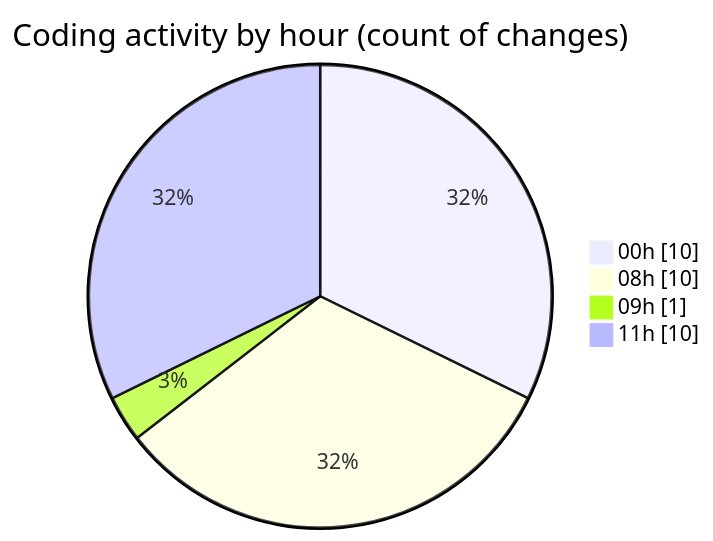
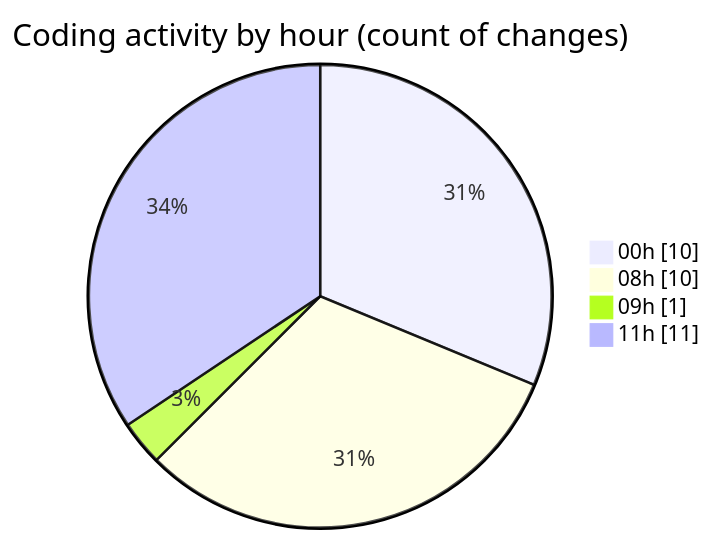
The second of 2 diagrams in 2026-01-20/nxtqube_webapp/README.md (nxtqubesakshisongat/code-tracking), drawn with Mermaid before and after one commit. The commit also changed other lines of this file and 1 other file, not shown here.

````diff
--- a/2026-01-20/nxtqube_webapp/README.md
+++ b/2026-01-20/nxtqube_webapp/README.md
@@ -34,8 +34,8 @@
 ```mermaid
 pie showData
 title Coding activity by hour (count of changes)
 "00h" : 10
 "08h" : 10
 "09h" : 1
-"11h" : 10
+"11h" : 11
 ```
````
